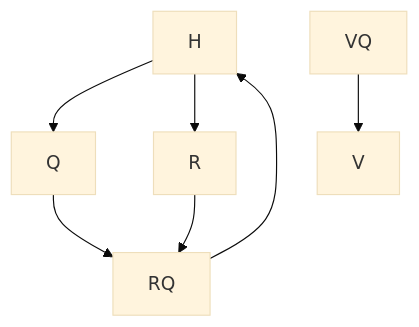
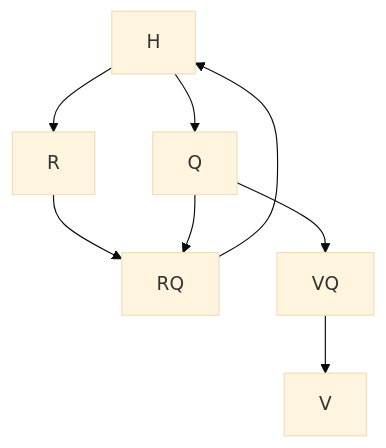
One commit to Wayzm/MIRAM changed the diagram in README.md. Above: the diagram before and after it, drawn with Mermaid (base theme). The commit also changed other lines of this file, not shown here.

Commit message:
added description for shift and link between Q and VQ

````diff
--- a/README.md
+++ b/README.md
@@ -59,9 +60,10 @@
 ```mermaid
 graph TD;
     H-->Q;
     H-->R;
     R-->RQ;
     Q-->RQ;
+    Q-->VQ;
     VQ-->V;
     RQ-->H;
 ```
````
